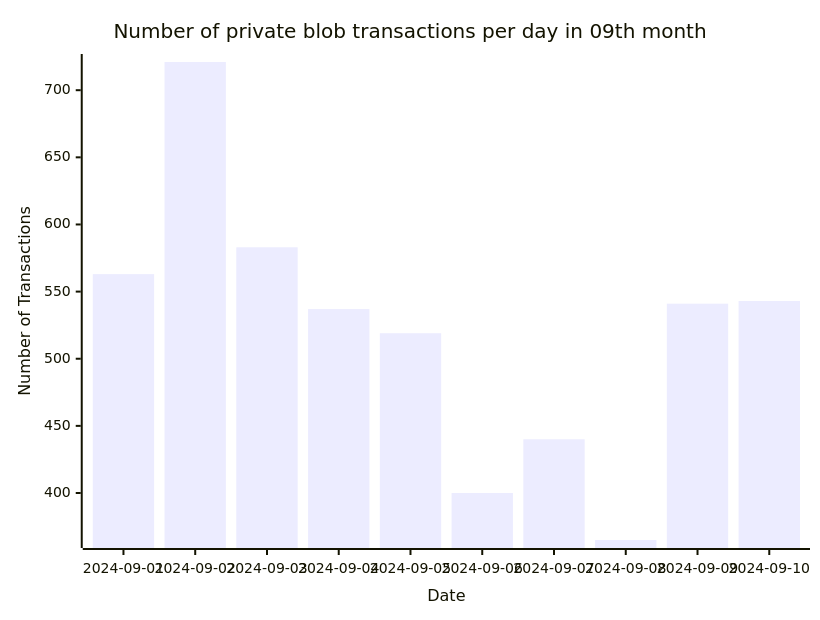
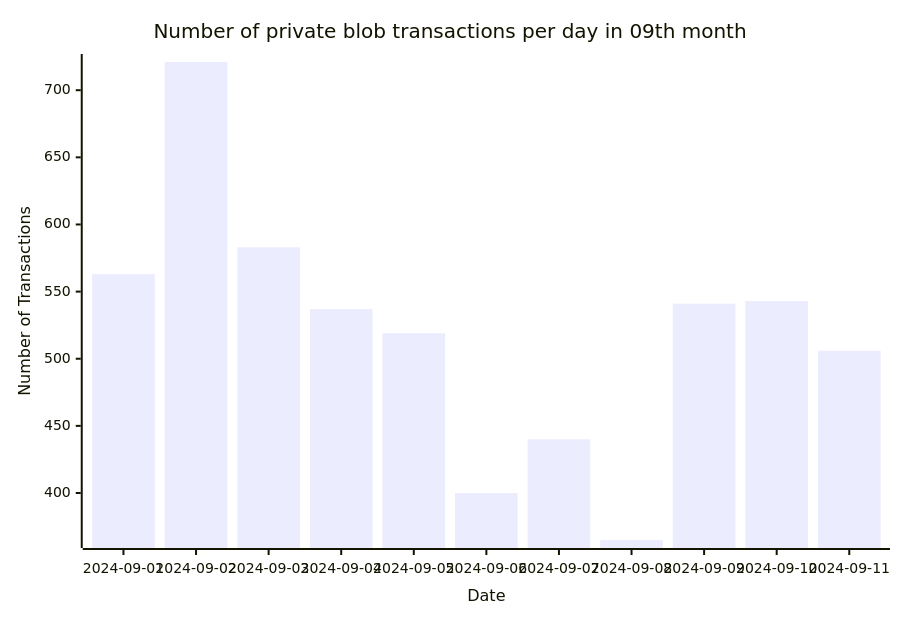
The seventh of 7 diagrams in README.md (Amit0617/eip4844-data), drawn with Mermaid before and after one commit. The commit also changed 1 other file, not shown here.

````diff
--- a/README.md
+++ b/README.md
@@ -79,12 +79,12 @@
 ```mermaid
 ---
 config:
     xyChart:
-        width: 800
+        width: 880
         height: 600
 ---
 xychart-beta title "Number of private blob transactions per day in 09th month"
-x-axis "Date" [2024-09-01,2024-09-02,2024-09-03,2024-09-04,2024-09-05,2024-09-06,2024-09-07,2024-09-08,2024-09-09,2024-09-10]
+x-axis "Date" [2024-09-01,2024-09-02,2024-09-03,2024-09-04,2024-09-05,2024-09-06,2024-09-07,2024-09-08,2024-09-09,2024-09-10,2024-09-11]
 y-axis "Number of Transactions"
-bar[563,721,583,537,519,400,440,365,541,543]
+bar[563,721,583,537,519,400,440,365,541,543,506]
 ```
````
